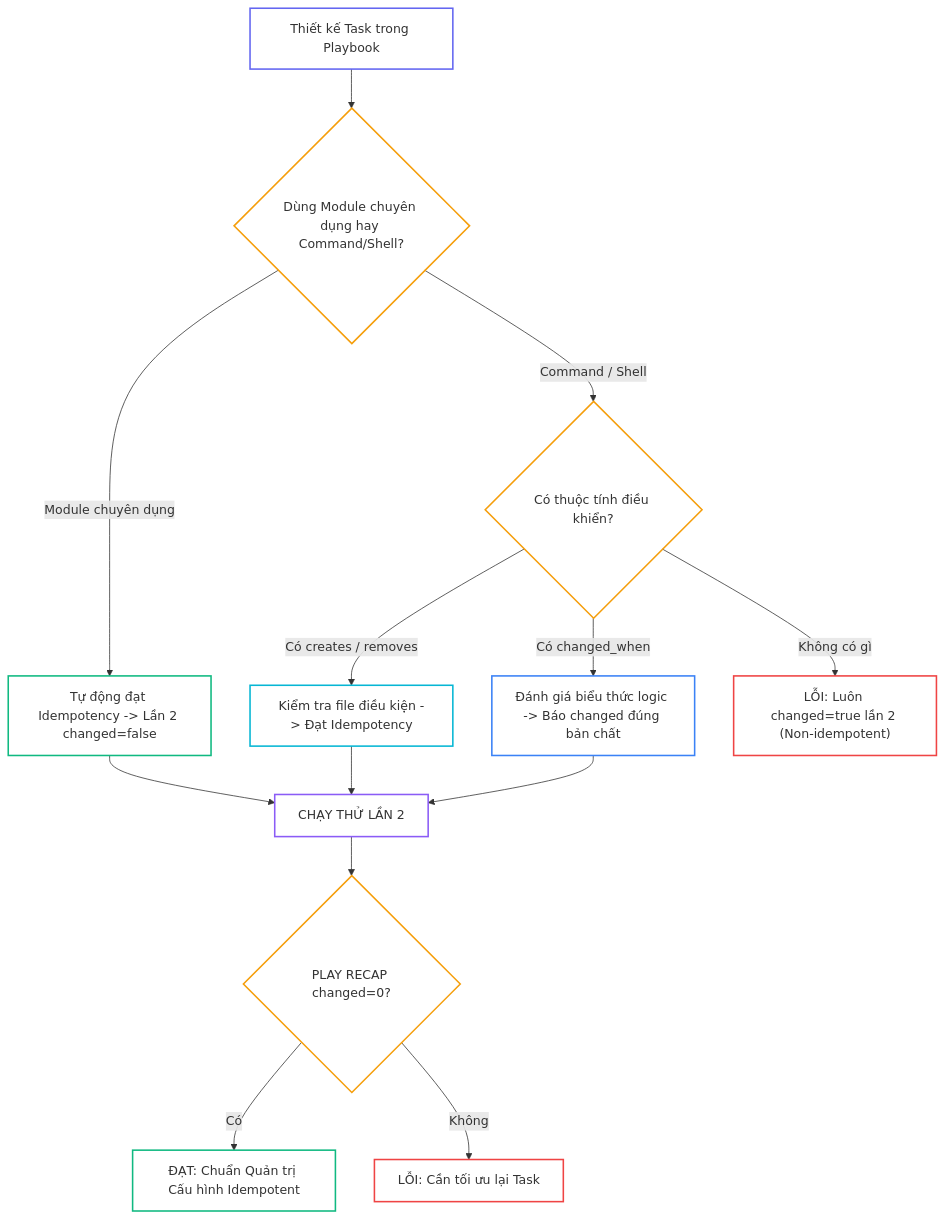
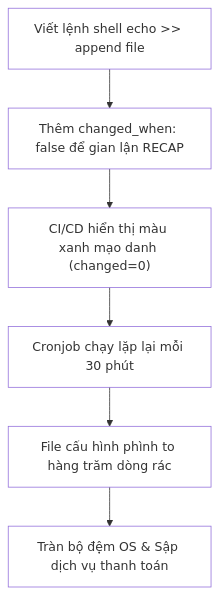
Before and after one commit to kiennt308/ntk: the second of 3 diagrams in _posts/2026-09-13-ansible-06-06-idempotency.md, drawn with Mermaid. The commit also changed other lines of this file and 30 other files, not shown here.

````diff
--- a/_posts/2026-09-13-ansible-06-06-idempotency.md
+++ b/_posts/2026-09-13-ansible-06-06-idempotency.md
@@ -300,27 +186,15 @@
 ```mermaid
 flowchart TD
-    A["Thiết kế Task trong Playbook"] --> B{"Dùng Module chuyên dụng hay Command/Shell?"}
-    B -->|"Module chuyên dụng"| C["Tự động đạt Idempotency -> Lần 2 changed=false"]
-    B -->|"Command / Shell"| D{"Có thuộc tính điều khiển?"}
-    
-    D -->|"Có creates / removes"| E["Kiểm tra file điều kiện -> Đạt Idempotency"]
-    D -->|"Có changed_when"| F["Đánh giá biểu thức logic -> Báo changed đúng bản chất"]
-    D -->|"Không có gì"| G["LỖI: Luôn changed=true lần 2 (Non-idempotent)"]
-    
-    C & E & F --> H["CHẠY THỬ LẦN 2"]
-    H --> I{"PLAY RECAP changed=0?"}
-    I -->|"Có"| J["ĐẠT: Chuẩn Quản trị Cấu hình Idempotent"]
-    I -->|"Không"| K["LỖI: Cần tối ưu lại Task"]
+    A["Viết lệnh shell echo >> append file"] --> B["Thêm changed_when: false để gian lận RECAP"]
+    B --> C["CI/CD hiển thị màu xanh mạo danh (changed=0)"]
+    C --> D["Cronjob chạy lặp lại mỗi 30 phút"]
+    D --> E["File cấu hình phình to hàng trăm dòng rác"]
+    E --> F["Tràn bộ đệm OS & Sập dịch vụ thanh toán"]
 
-    style A fill:none,stroke:#6366f1,stroke-width:2px
-    style B fill:none,stroke:#f59e0b,stroke-width:2px
-    style C fill:none,stroke:#10b981,stroke-width:2px
-    style D fill:none,stroke:#f59e0b,stroke-width:2px
-    style E fill:none,stroke:#06b6d4,stroke-width:2px
-    style F fill:none,stroke:#3b82f6,stroke-width:2px
-    style G fill:none,stroke:#ef4444,stroke-width:2px
-    style H fill:none,stroke:#8b5cf6,stroke-width:2px
-    style I fill:none,stroke:#f59e0b,stroke-width:2px
-    style J fill:none,stroke:#10b981,stroke-width:2px
-    style K fill:none,stroke:#ef4444,stroke-width:2px
+    style A fill:none
+    style B fill:none
+    style C fill:none
+    style D fill:none
+    style E fill:none
+    style F fill:none
 ```
````
